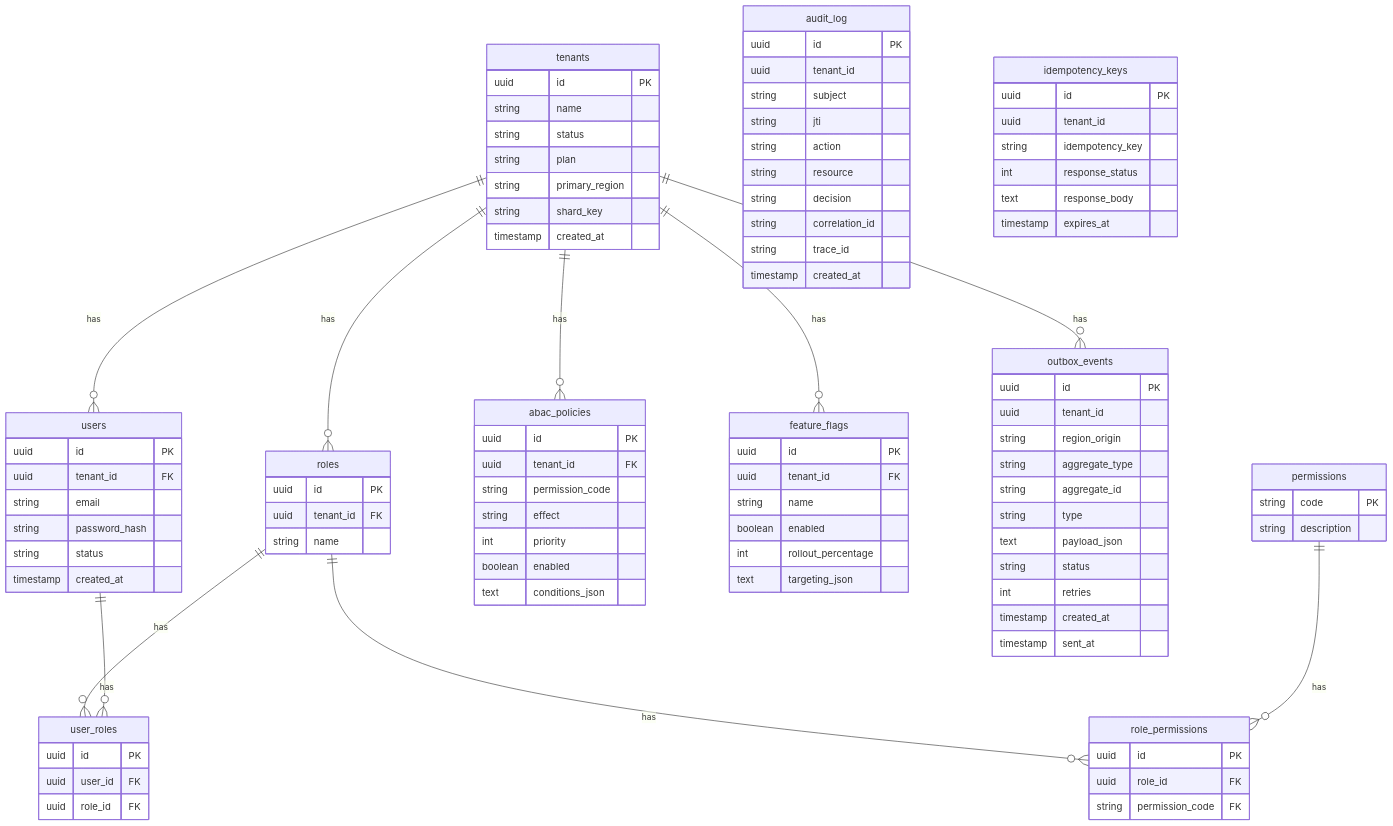
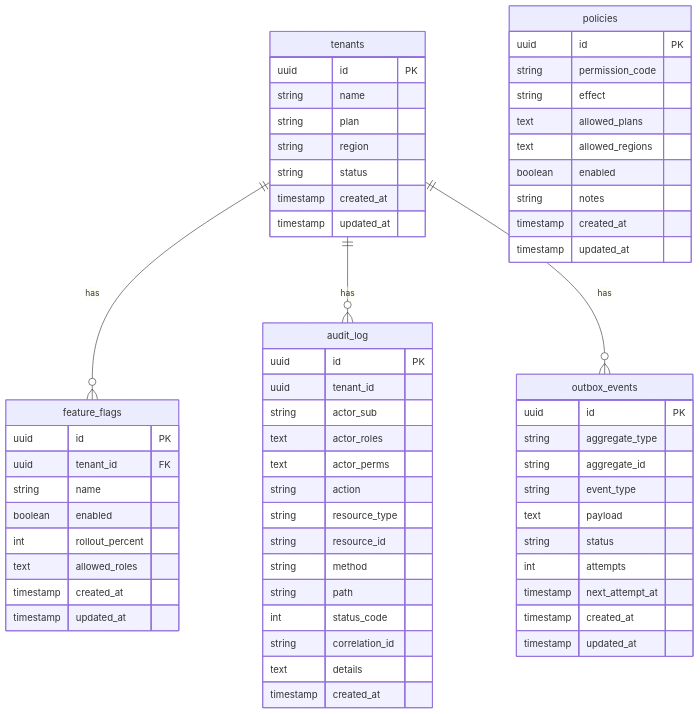
Before and after one commit to ricartefelipe/spring-saas-core: the diagram in docs/architecture/erd.mmd, drawn with Mermaid. The commit also changed 118 other files, not shown here.

```diff
--- a/docs/architecture/erd.mmd
+++ b/docs/architecture/erd.mmd
@@ -1,96 +1,62 @@
 erDiagram
-    tenants ||--o{ users : has
-    tenants ||--o{ roles : has
-    tenants ||--o{ abac_policies : has
     tenants ||--o{ feature_flags : has
+    tenants ||--o{ audit_log : has
     tenants ||--o{ outbox_events : has
-    roles ||--o{ role_permissions : has
-    roles ||--o{ user_roles : has
-    users ||--o{ user_roles : has
-    permissions ||--o{ role_permissions : has
     tenants {
         uuid id PK
         string name
-        string status
         string plan
-        string primary_region
-        string shard_key
-        timestamp created_at
-    }
-    users {
-        uuid id PK
-        uuid tenant_id FK
-        string email
-        string password_hash
+        string region
         string status
         timestamp created_at
+        timestamp updated_at
     }
-    roles {
+    policies {
         uuid id PK
-        uuid tenant_id FK
-        string name
-    }
-    permissions {
-        string code PK
-        string description
-    }
-    user_roles {
-        uuid id PK
-        uuid user_id FK
-        uuid role_id FK
-    }
-    role_permissions {
-        uuid id PK
-        uuid role_id FK
-        string permission_code FK
-    }
-    abac_policies {
-        uuid id PK
-        uuid tenant_id FK
         string permission_code
         string effect
-        int priority
+        text allowed_plans
+        text allowed_regions
         boolean enabled
-        text conditions_json
+        string notes
+        timestamp created_at
+        timestamp updated_at
     }
     feature_flags {
         uuid id PK
         uuid tenant_id FK
         string name
         boolean enabled
-        int rollout_percentage
-        text targeting_json
+        int rollout_percent
+        text allowed_roles
+        timestamp created_at
+        timestamp updated_at
     }
     audit_log {
         uuid id PK
         uuid tenant_id
-        string subject
-        string jti
+        string actor_sub
+        text actor_roles
+        text actor_perms
         string action
-        string resource
-        string decision
+        string resource_type
+        string resource_id
+        string method
+        string path
+        int status_code
         string correlation_id
-        string trace_id
+        text details
         timestamp created_at
     }
     outbox_events {
         uuid id PK
-        uuid tenant_id
-        string region_origin
         string aggregate_type
         string aggregate_id
-        string type
-        text payload_json
+        string event_type
+        text payload
         string status
-        int retries
+        int attempts
+        timestamp next_attempt_at
         timestamp created_at
-        timestamp sent_at
+        timestamp updated_at
     }
-    idempotency_keys {
-        uuid id PK
-        uuid tenant_id
-        string idempotency_key
-        int response_status
-        text response_body
-        timestamp expires_at
-    }
```
